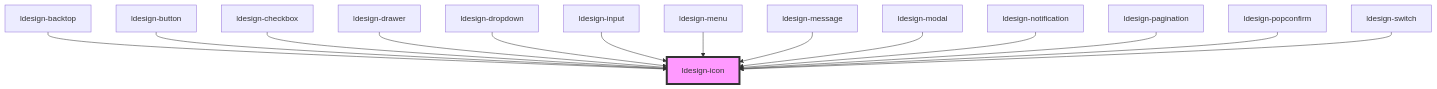
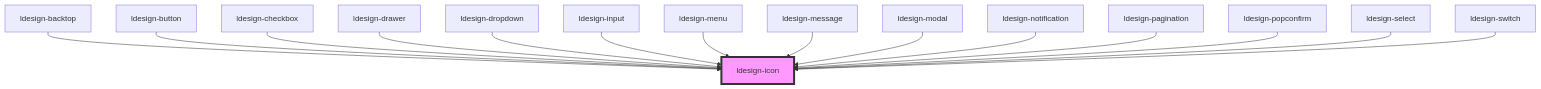
Before and after one commit to poly1603/ldesign: the diagram in packages/webcomponent/src/components/icon/readme.md, drawn with Mermaid. The commit also changed other lines of this file and 16 other files, not shown here.

````diff
--- a/packages/webcomponent/src/components/icon/readme.md
+++ b/packages/webcomponent/src/components/icon/readme.md
@@ -43,17 +44,18 @@
 ```mermaid
 graph TD;
   ldesign-backtop --> ldesign-icon
   ldesign-button --> ldesign-icon
   ldesign-checkbox --> ldesign-icon
   ldesign-drawer --> ldesign-icon
   ldesign-dropdown --> ldesign-icon
   ldesign-input --> ldesign-icon
   ldesign-menu --> ldesign-icon
   ldesign-message --> ldesign-icon
   ldesign-modal --> ldesign-icon
   ldesign-notification --> ldesign-icon
   ldesign-pagination --> ldesign-icon
   ldesign-popconfirm --> ldesign-icon
+  ldesign-select --> ldesign-icon
   ldesign-switch --> ldesign-icon
   style ldesign-icon fill:#f9f,stroke:#333,stroke-width:4px
 ```
````
